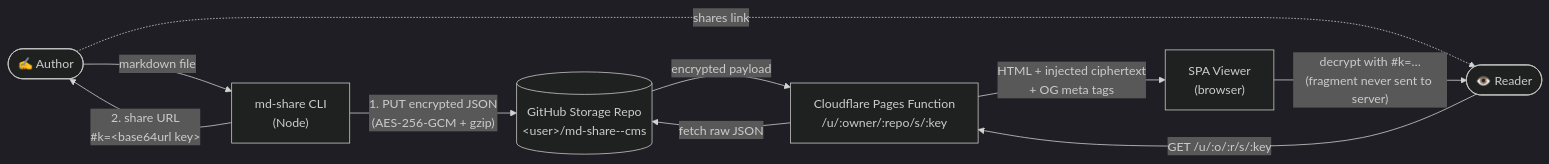
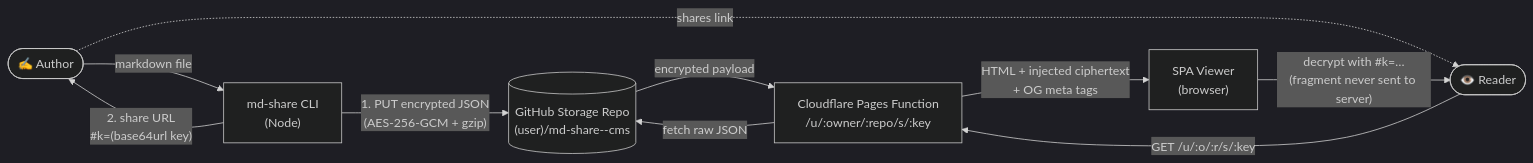
One commit to alankyshum/md-share changed the first of 5 diagrams in README.md. Above: the diagram before and after it, drawn with Mermaid (dark theme). The commit also changed other lines of this file, not shown here.

````diff
--- a/README.md
+++ b/README.md
@@ -14,20 +14,20 @@
 ```mermaid
 flowchart LR
     Author(["✍️ Author"])
     Reader(["👁️ Reader"])
     CLI["md-share CLI<br/>(Node)"]
-    GH[("GitHub Storage Repo<br/>&lt;user&gt;/md-share--cms")]
+    GH[("GitHub Storage Repo<br/>(user)/md-share--cms")]
     PF["Cloudflare Pages Function<br/>/u/:owner/:repo/s/:key"]
     SPA["SPA Viewer<br/>(browser)"]
 
     Author -- "markdown file" --> CLI
     CLI -- "1. PUT encrypted JSON<br/>(AES-256-GCM + gzip)" --> GH
-    CLI -- "2. share URL<br/>#k=&lt;base64url key&gt;" --> Author
+    CLI -- "2. share URL<br/>#k=(base64url key)" --> Author
     Author -. "shares link" .-> Reader
 
     Reader -- "GET /u/:o/:r/s/:key" --> PF
     PF -- "fetch raw JSON" --> GH
     GH -- "encrypted payload" --> PF
     PF -- "HTML + injected ciphertext<br/>+ OG meta tags" --> SPA
     SPA -- "decrypt with #k=…<br/>(fragment never sent to server)" --> Reader
 ```
````
